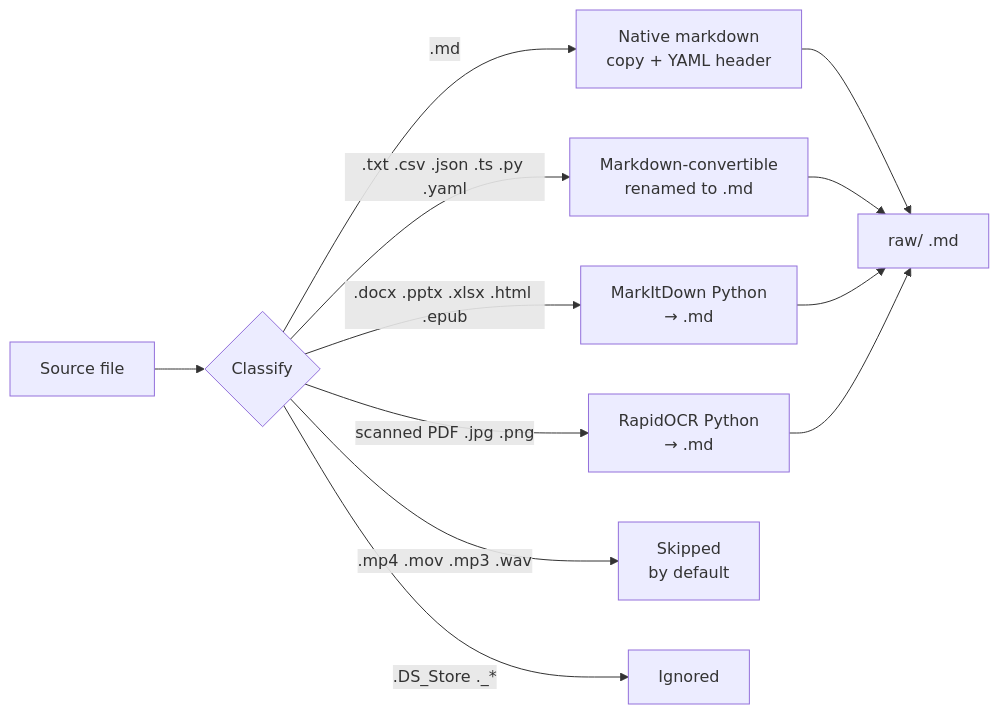
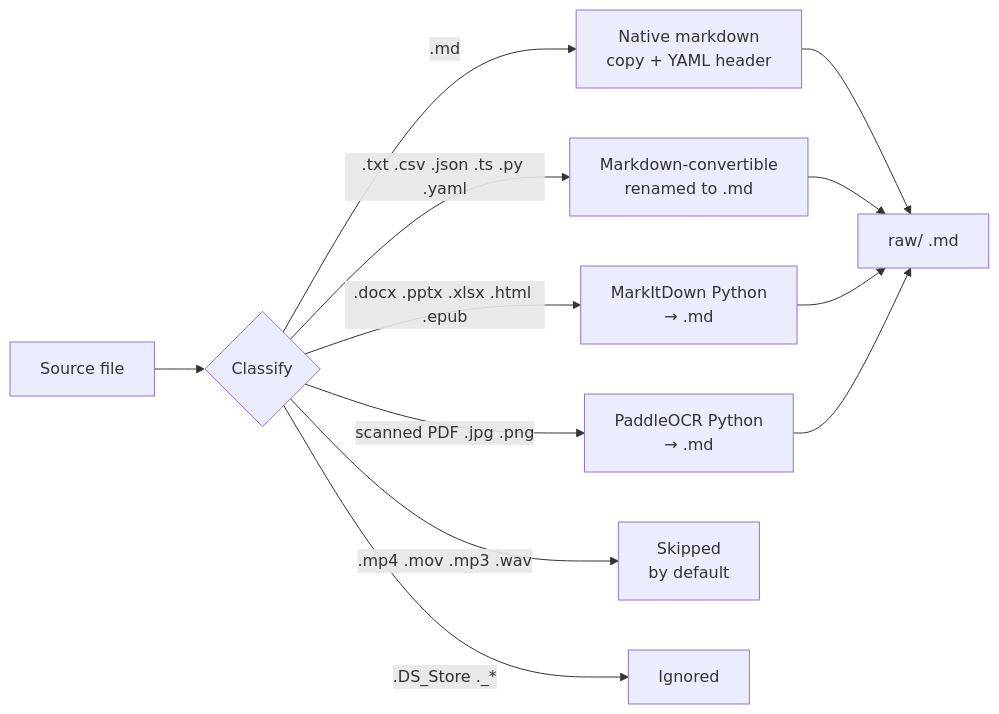
The seventh of 9 diagrams in workspace-template/docs/diagrams.md (TommasoPrinetti/spinosa), drawn with Mermaid before and after one commit. The commit also changed other lines of this file and 49 other files, not shown here.

````diff
--- a/workspace-template/docs/diagrams.md
+++ b/workspace-template/docs/diagrams.md
@@ -245,12 +245,12 @@
 ```mermaid
 flowchart LR
     SRC[Source file] --> CLASS{Classify}
     CLASS -->|.md| NATIVE[Native markdown\ncopy + YAML header]
     CLASS -->|.txt .csv .json .ts .py .yaml| MD_CONV[Markdown-convertible\nrenamed to .md]
     CLASS -->|.docx .pptx .xlsx .html .epub| MKD2[MarkItDown Python\n→ .md]
-    CLASS -->|scanned PDF .jpg .png| OCR2[RapidOCR Python\n→ .md]
+    CLASS -->|scanned PDF .jpg .png| OCR2[PaddleOCR Python\n→ .md]
     CLASS -->|.mp4 .mov .mp3 .wav| SKIP2[Skipped\nby default]
     CLASS -->|.DS_Store ._*| IGNORE[Ignored]
 
     NATIVE & MD_CONV & MKD2 & OCR2 --> RAW3[raw/ .md]
 ```
````
